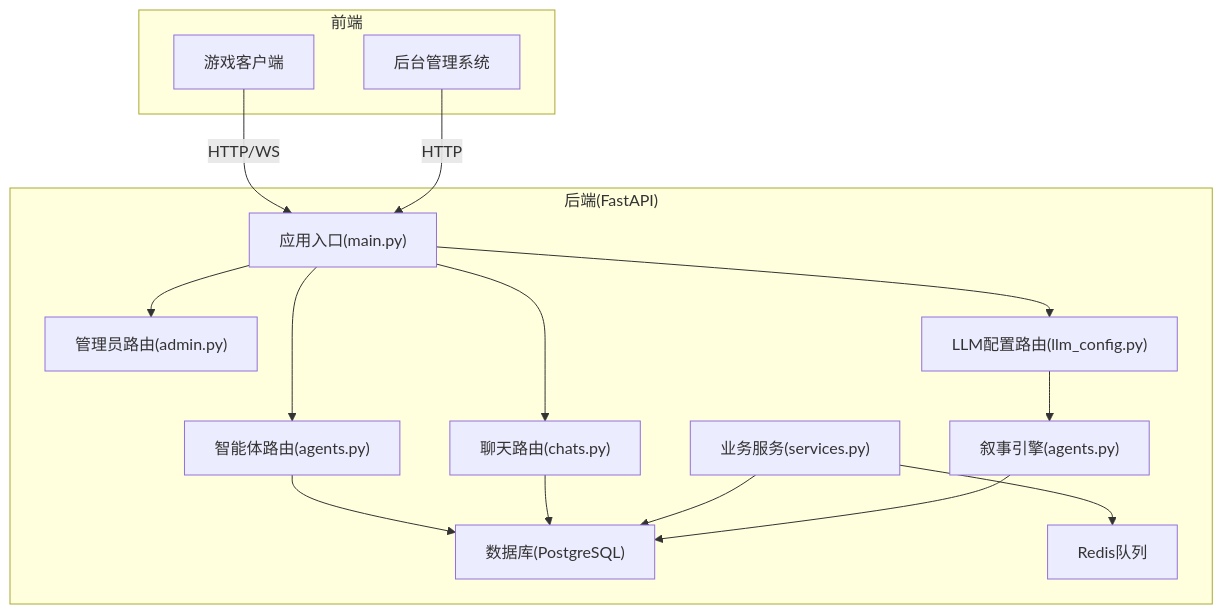
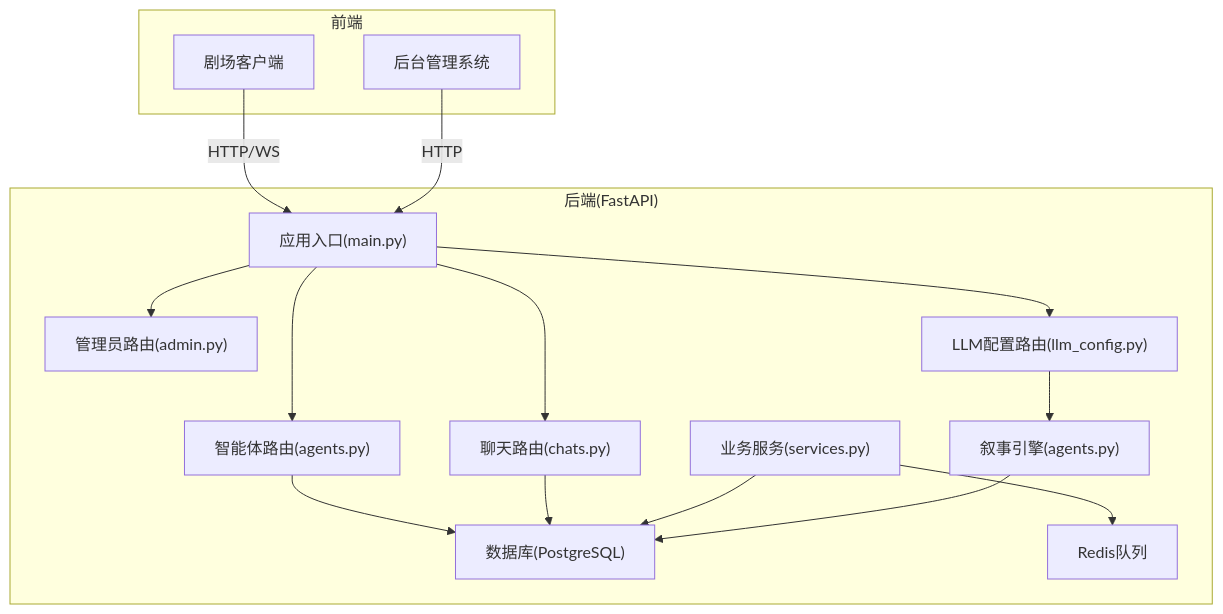
Before and after one commit to KunLabAI/KunFlix: the second of 8 diagrams in .qoder/repowiki/zh/content/后端开发指南/API路由系统/API路由系统.md, drawn with Mermaid. The commit also changed other lines of this file and 112 other files, not shown here.

````diff
--- a/.qoder/repowiki/zh/content/后端开发指南/API路由系统/API路由系统.md
+++ b/.qoder/repowiki/zh/content/后端开发指南/API路由系统/API路由系统.md
@@ -99,30 +99,30 @@
 ```mermaid
 graph TB
 subgraph "前端"
-U["游戏客户端"]
+U["剧场客户端"]
 A["后台管理系统"]
 end
 subgraph "后端(FastAPI)"
 F["应用入口(main.py)"]
 R1["管理员路由(admin.py)"]
 R2["LLM配置路由(llm_config.py)"]
 R3["智能体路由(agents.py)"]
 R4["聊天路由(chats.py)"]
 S["业务服务(services.py)"]
 N["叙事引擎(agents.py)"]
 D["数据库(PostgreSQL)"]
 RC["Redis队列"]
 end
 U --> |HTTP/WS| F
 A --> |HTTP| F
 F --> R1
 F --> R2
 F --> R3
 F --> R4
 R2 --> N
 R3 --> D
 R4 --> D
 S --> D
 S --> RC
 N --> D
 ```
````
